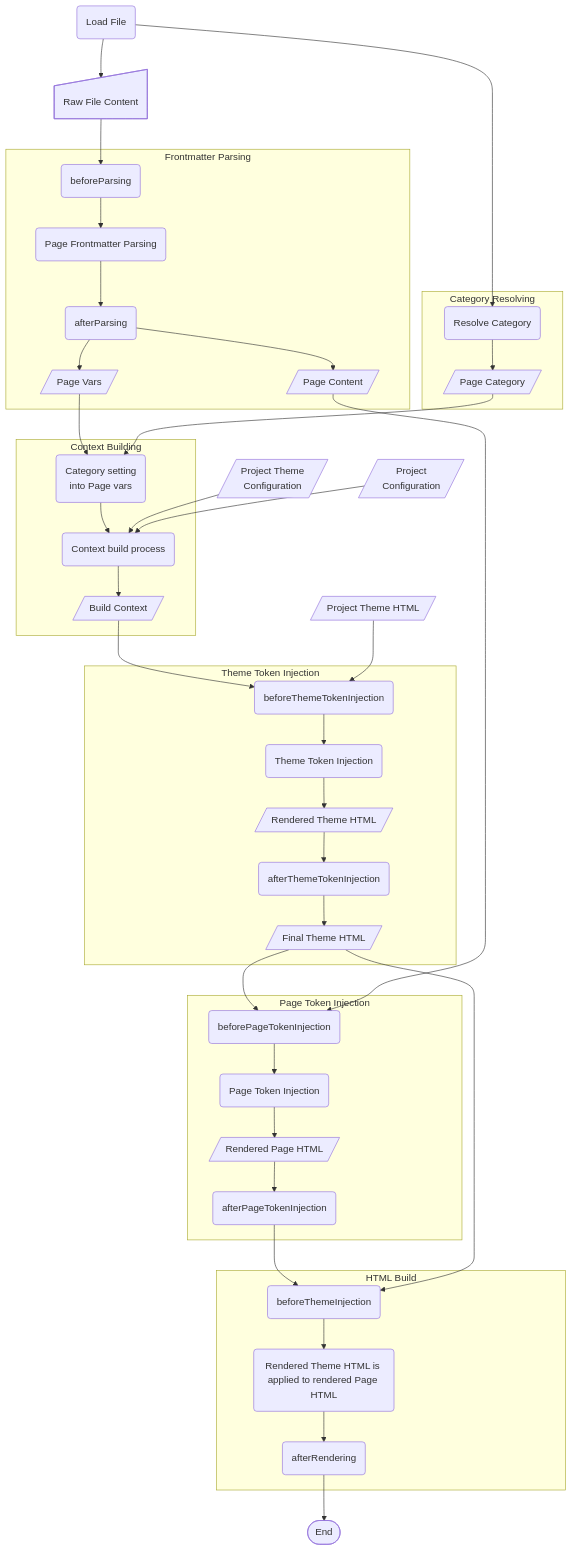
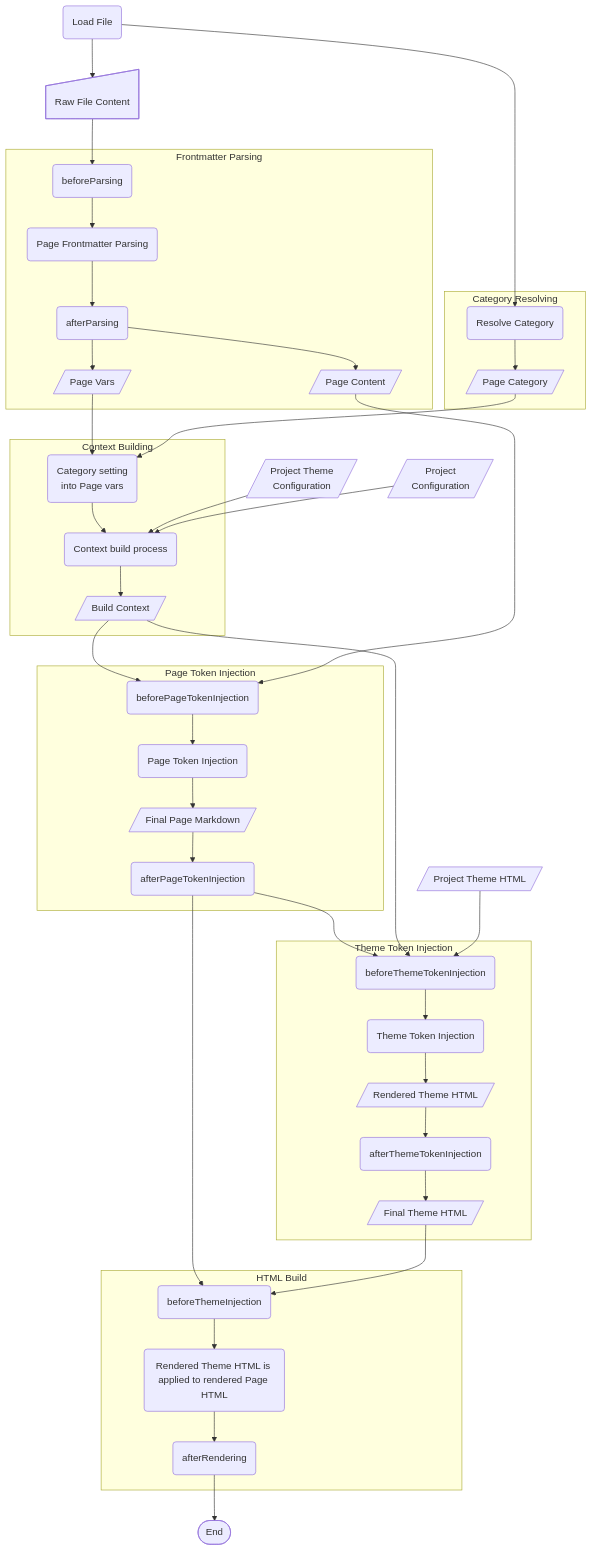
One commit to augustofrade/stuart-ssg changed the second of 2 diagrams in docs/architecture.md. Above: the diagram before and after it, drawn with Mermaid.

Commit message:
Changed page build process diagram in architecture documentation

````diff
--- a/docs/architecture.md
+++ b/docs/architecture.md
@@ -31,82 +31,82 @@
 ```mermaid
 graph TD;
 LOAD@{ shape: rounded, label: "Load File" }
 RAW_FILE_CONTENT@{shape: sl-rect, label: "Raw File Content" }
 THEME_HTML@{ shape: lean-r, label: "Project Theme HTML" }
 THEME_CONF@{ shape: lean-r, label: "Project Theme\nConfiguration" }
 PROJECT_CONF@{ shape: lean-r, label: "Project\nConfiguration" }
 END@{ shape: stadium, label: "End" }
 
 subgraph "Category Resolving"
 	CATEGORY_RESOLVE@{shape: rounded, label: "Resolve Category" }
 	CATEGORY_DATA@{shape: lean-r, label: "Page Category" }
 end
 
 subgraph "Frontmatter Parsing"
 	FM_BEFORE@{ shape: rounded, label: "beforeParsing" }
 	FM@{ shape: rounded, label: "Page Frontmatter Parsing" }
 	FM_AFTER@{ shape: rounded, label: "afterParsing" }
   PAGE_DATA@{ shape: lean-r, label: "Page Vars" }
 	PAGE_CONTENT@{ shape: lean-r, label: "Page Content" }
 end
 
 subgraph "Context Building"
 	CATEGORY_SET@{ shape: rounded, label: "Category setting\ninto Page vars" }
 	CONTEXT_BUILD@{ shape: rounded, label: "Context build process" }
 	CONTEXT@{shape: lean-r, label: "Build Context" }
 end
 
 subgraph "Theme Token Injection"
 	T_TI_BEFORE@{ shape: rounded, label: "beforeThemeTokenInjection" }
 	T_TI@{ shape: rounded, label: "Theme Token Injection" }
 	T_TI_RENDERED@{ shape: lean-r, label: "Rendered Theme HTML" }
 	T_TI_AFTER@{ shape: rounded, label: "afterThemeTokenInjection" }
 	T_TI_FINAL@{ shape: lean-r, label: "Final Theme HTML" }
 end
 
 subgraph "Page Token Injection"
 	TI_BEFORE@{ shape: rounded, label: "beforePageTokenInjection" }
 	TI@{ shape: rounded, label: "Page Token Injection" }
-	TI_RENDERED@{ shape: lean-r, label: "Rendered Page HTML" }
+	TI_FINAL@{ shape: lean-r, label: "Final Page Markdown" }
 	TI_AFTER@{ shape: rounded, label: "afterPageTokenInjection" }
 end
 
 subgraph "HTML Build"
 	RE_BEFORE@{ shape: rounded, label: "beforeThemeInjection" }
   RE@{ shape: rounded, label: "Rendered Theme HTML is applied to rendered Page HTML" }
 	RE_AFTER@{ shape: rounded, label: "afterRendering" }
 end
 
 LOAD-->RAW_FILE_CONTENT
 LOAD-->CATEGORY_RESOLVE-->CATEGORY_DATA
 
 RAW_FILE_CONTENT-->FM_BEFORE-->FM-->FM_AFTER
 
 FM_AFTER-->PAGE_DATA
 FM_AFTER-->PAGE_CONTENT
 PAGE_DATA-->CATEGORY_SET
 CATEGORY_DATA-->CATEGORY_SET
 
 CATEGORY_SET-->CONTEXT_BUILD
 THEME_CONF-->CONTEXT_BUILD
 PROJECT_CONF-->CONTEXT_BUILD
 -->CONTEXT
 
+CONTEXT-->TI_BEFORE
+PAGE_CONTENT-->TI_BEFORE
+-->TI-->TI_FINAL-->TI_AFTER
+-->T_TI_BEFORE
 
 CONTEXT-->T_TI_BEFORE
 THEME_HTML-->T_TI_BEFORE
 -->T_TI
 T_TI-->T_TI_RENDERED-->T_TI_AFTER-->T_TI_FINAL
--->TI_BEFORE
-
-PAGE_CONTENT-->TI_BEFORE
--->TI-->TI_RENDERED-->TI_AFTER
 
 TI_AFTER-->RE_BEFORE
 T_TI_FINAL-->RE_BEFORE
 
 RE_BEFORE-->RE-->RE_AFTER
 
 -->END
 
 ```
````
